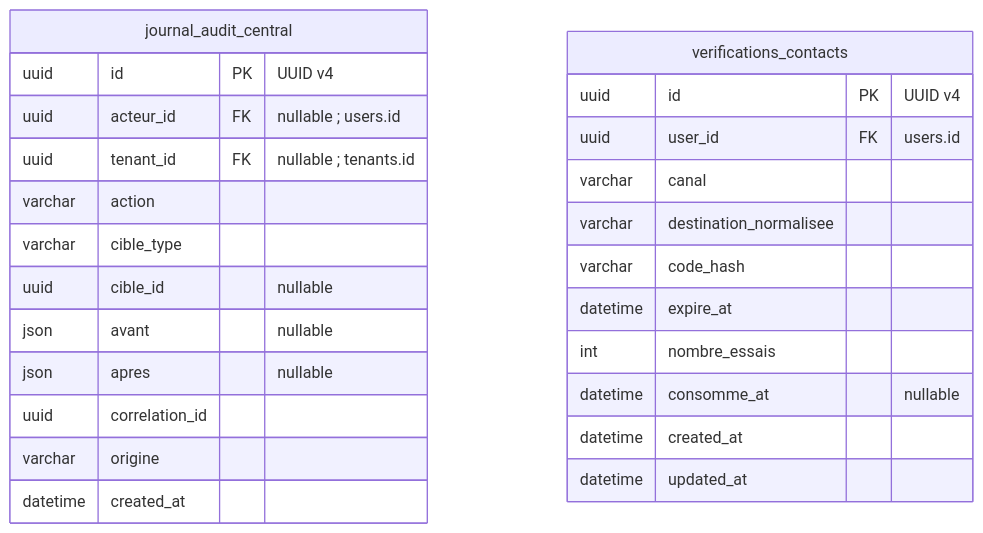
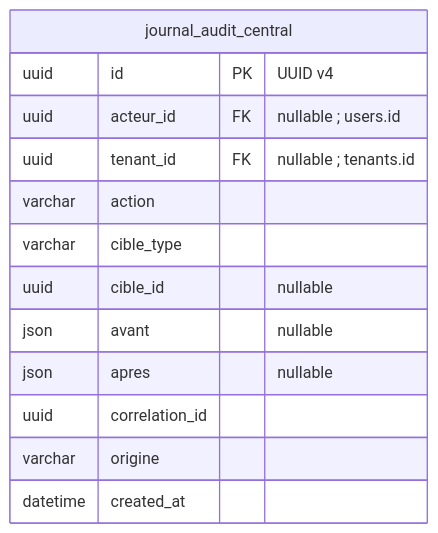
One commit to unitealfa/saas-ecom changed the sixth of 37 diagrams in Schema-BDD-SaaS-Ecommerce-UUID.md. Above: the diagram before and after it, drawn with Mermaid.

````diff
--- a/Schema-BDD-SaaS-Ecommerce-UUID.md
+++ b/Schema-BDD-SaaS-Ecommerce-UUID.md
@@ -522,29 +537,17 @@
 ```mermaid
 erDiagram
     direction TB
     journal_audit_central {
         uuid id PK "UUID v4"
         uuid acteur_id FK "nullable ; users.id"
         uuid tenant_id FK "nullable ; tenants.id"
         varchar action
         varchar cible_type
         uuid cible_id "nullable"
         json avant "nullable"
         json apres "nullable"
         uuid correlation_id
         varchar origine
         datetime created_at
     }
-    verifications_contacts {
-        uuid id PK "UUID v4"
-        uuid user_id FK "users.id"
-        varchar canal
-        varchar destination_normalisee
-        varchar code_hash
-        datetime expire_at
-        int nombre_essais
-        datetime consomme_at "nullable"
-        datetime created_at
-        datetime updated_at
-    }
 ```
````
